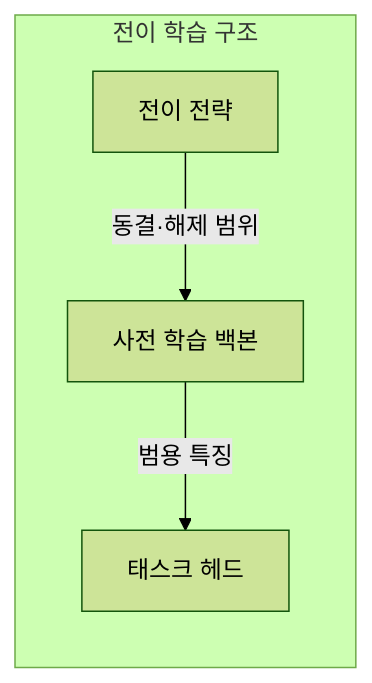
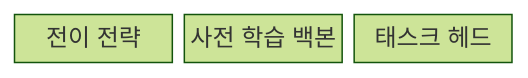
The first of 2 diagrams in src/content/docs/notes/01-basic-theory/047_transfer_learning.md (agnusdei1207/knowledge-base), drawn with Mermaid (forest theme) before and after one commit. The commit also changed other lines of this file and 20 other files, not shown here.

````diff
--- a/src/content/docs/notes/01-basic-theory/047_transfer_learning.md
+++ b/src/content/docs/notes/01-basic-theory/047_transfer_learning.md
@@ -62,11 +60,7 @@
 ```mermaid
-flowchart TB
-    subgraph T[전이 학습 구조]
-        direction TB
-        F[전이 전략]
-        B[사전 학습 백본]
-        H[태스크 헤드]
-        F -->|동결·해제 범위| B
-        B -->|범용 특징| H
-    end
+block
+    columns 3
+    F["전이 전략"]
+    B["사전 학습 백본"]
+    H["태스크 헤드"]
 ```
````
